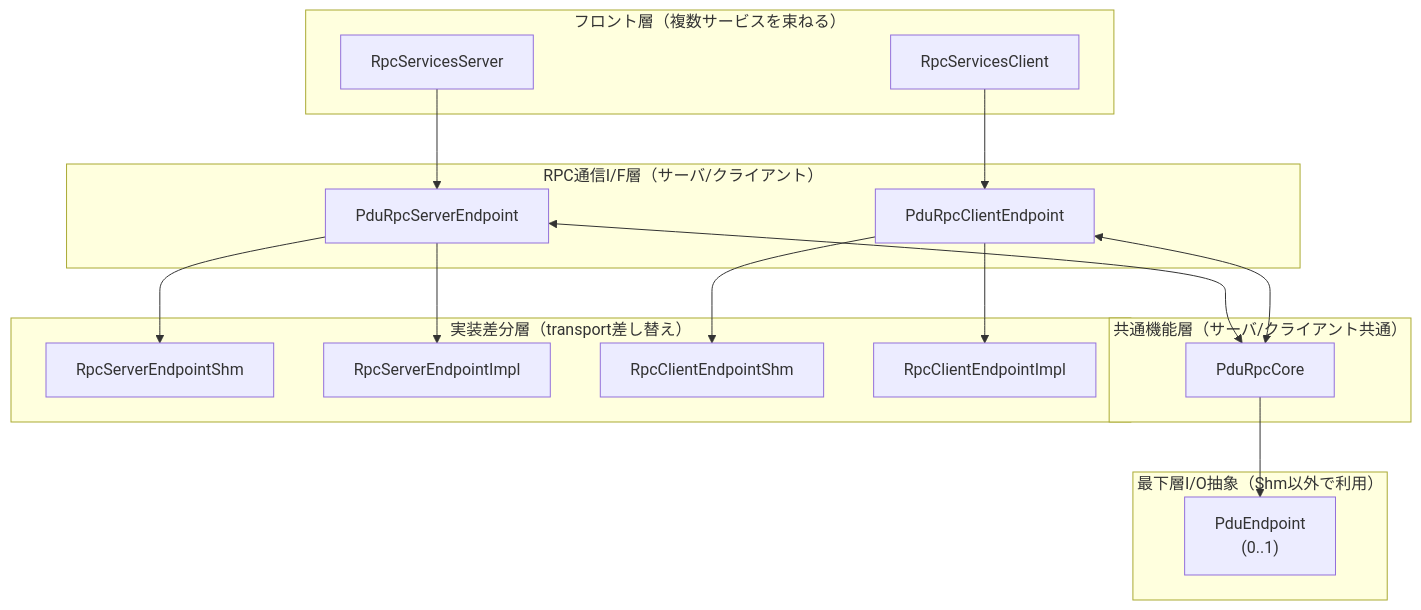
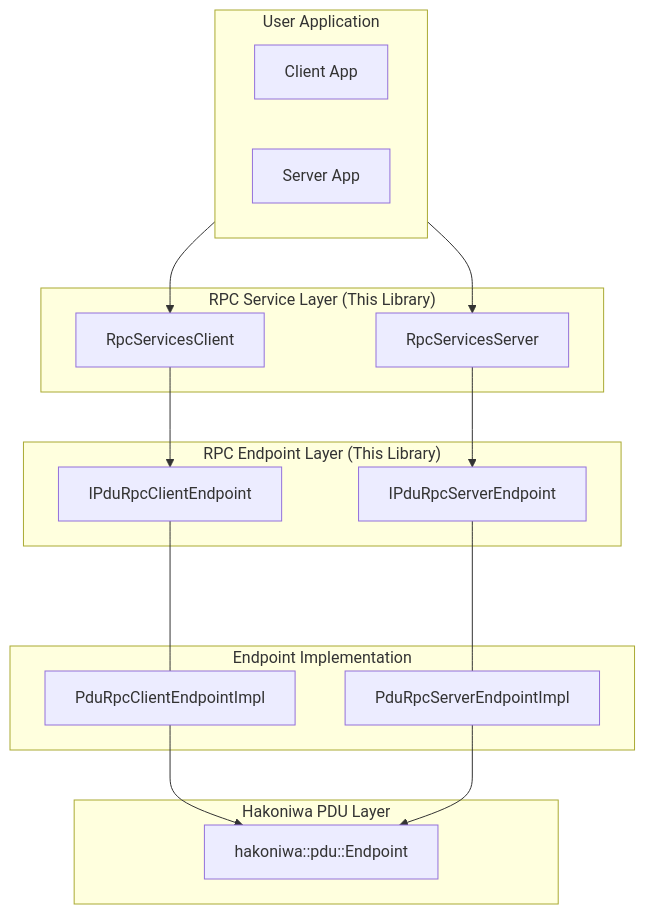
The diagram in README.md (hakoniwalab/hakoniwa-pdu-rpc), drawn with Mermaid before and after one commit. The commit also changed other lines of this file, not shown here.

````diff
--- a/README.md
+++ b/README.md
@@ -6,48 +39,44 @@
 ```mermaid
 flowchart TB
-  %% =========================
-  %% Hakoniwa PDU-RPC Architecture
-  %% =========================
+    %% =========================
+    %% Hakoniwa PDU-RPC Architecture (Simplified)
+    %% =========================
 
-  subgraph Front["フロント層（複数サービスを束ねる）"]
-    RpcServicesServer["RpcServicesServer"]
-    RpcServicesClient["RpcServicesClient"]
-  end
+    subgraph UserApplication["User Application"]
+        direction LR
+        AppClient["Client App"]
+        AppServer["Server App"]
+    end
 
-  subgraph Endpoint["RPC通信I/F層（サーバ/クライアント）"]
-    PduRpcServerEndpoint["PduRpcServerEndpoint"]
-    PduRpcClientEndpoint["PduRpcClientEndpoint"]
-  end
+    subgraph RpcServiceLayer["RPC Service Layer (This Library)"]
+        RpcServicesClient["RpcServicesClient"]
+        RpcServicesServer["RpcServicesServer"]
+    end
 
-  subgraph Core["共通機能層（サーバ/クライアント共通）"]
-    PduRpcCore["PduRpcCore"]
-  end
+    subgraph RpcEndpointLayer["RPC Endpoint Layer (This Library)"]
+        PduRpcClientEndpoint["IPduRpcClientEndpoint"]
+        PduRpcServerEndpoint["IPduRpcServerEndpoint"]
+    end
+    
+    subgraph EndpointImplLayer["Endpoint Implementation"]
+        PduRpcClientEndpointImpl["PduRpcClientEndpointImpl"]
+        PduRpcServerEndpointImpl["PduRpcServerEndpointImpl"]
+    end
 
-  subgraph Impl["実装差分層（transport差し替え）"]
-    RpcServerEndpointShm["RpcServerEndpointShm"]
-    RpcServerEndpointImpl["RpcServerEndpointImpl"]
-    RpcClientEndpointShm["RpcClientEndpointShm"]
-    RpcClientEndpointImpl["RpcClientEndpointImpl"]
-  end
+    subgraph PduLayer["Hakoniwa PDU Layer"]
+        PduEndpoint["hakoniwa::pdu::Endpoint"]
+    end
 
-  subgraph IO["最下層I/O抽象（Shm以外で利用）"]
-    PduEndpoint["PduEndpoint\n(0..1)"]
-  end
+    %% Connections
+    AppClient --> RpcServicesClient
+    AppServer --> RpcServicesServer
 
-  %% front -> endpoint
-  RpcServicesServer --> PduRpcServerEndpoint
-  RpcServicesClient --> PduRpcClientEndpoint
+    RpcServicesClient --> PduRpcClientEndpoint
+    RpcServicesServer --> PduRpcServerEndpoint
+    
+    PduRpcClientEndpoint <--- PduRpcClientEndpointImpl
+    PduRpcServerEndpoint <--- PduRpcServerEndpointImpl
 
-  %% endpoint <-> core
-  PduRpcServerEndpoint <--> PduRpcCore
-  PduRpcClientEndpoint <--> PduRpcCore
-
-  %% endpoint -> impl variants
-  PduRpcServerEndpoint --> RpcServerEndpointShm
-  PduRpcServerEndpoint --> RpcServerEndpointImpl
-  PduRpcClientEndpoint --> RpcClientEndpointShm
-  PduRpcClientEndpoint --> RpcClientEndpointImpl
-
-  %% core -> PDU IO (optional)
-  PduRpcCore --> PduEndpoint
+    PduRpcClientEndpointImpl --> PduEndpoint
+    PduRpcServerEndpointImpl --> PduEndpoint
 ```
````
